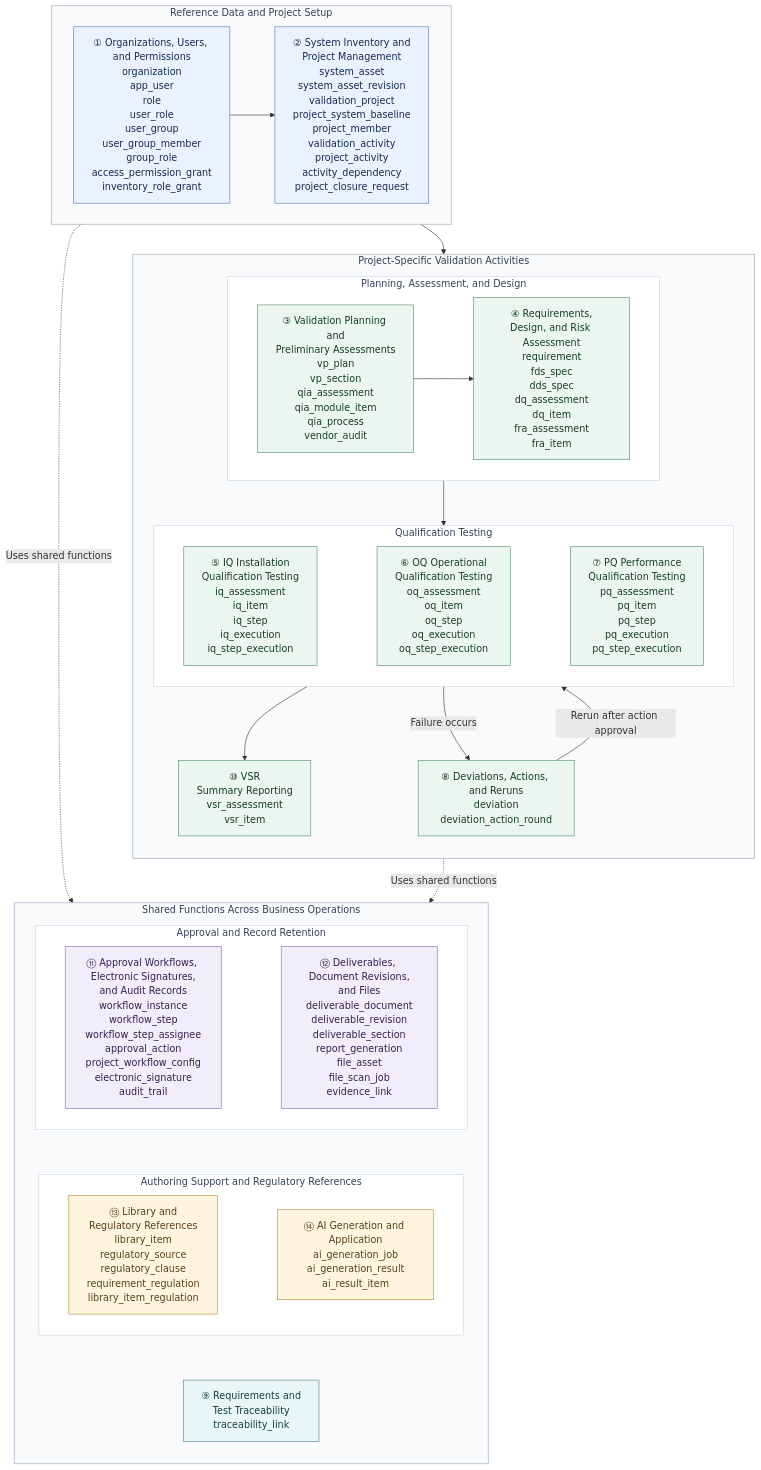
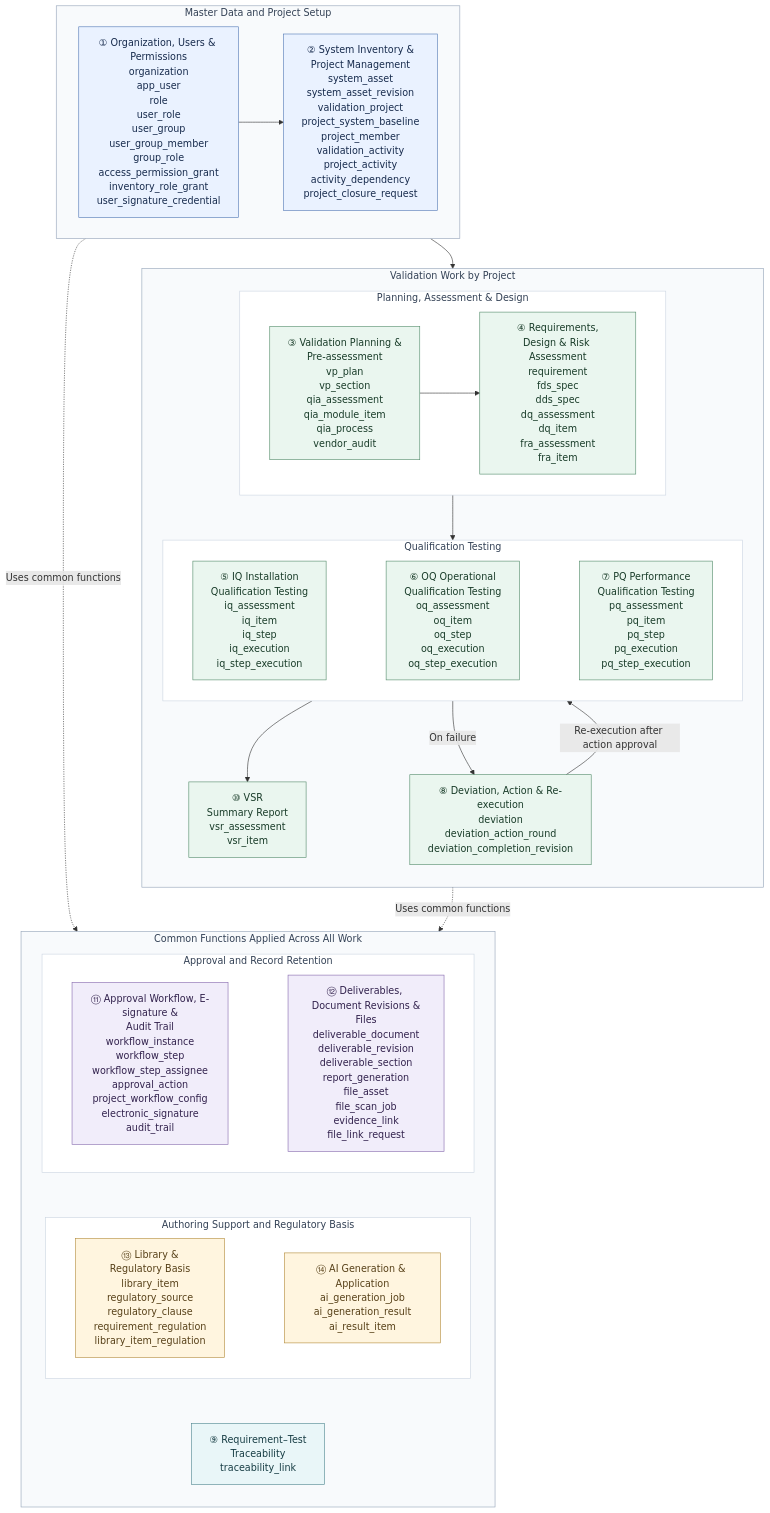
Before and after one commit to kmh52826-collab/Enterprise-Knowledge-Base-Design: the diagram in docs/erd-overview.md, drawn with Mermaid. The commit also changed other lines of this file, not shown here.

````diff
--- a/docs/erd-overview.md
+++ b/docs/erd-overview.md
@@ -11,8 +11,8 @@
 ```mermaid
 flowchart TB
-    subgraph BASE["Reference Data and Project Setup"]
+    subgraph BASE["Master Data and Project Setup"]
         direction LR
-        SECURITY["① Organizations, Users, and Permissions
+        SECURITY["① Organization, Users & Permissions
 organization
 app_user
 role
@@ -21,8 +21,9 @@
 user_group_member
 group_role
 access_permission_grant
-inventory_role_grant"]
-        PROJECT["② System Inventory and<br/>Project Management
+inventory_role_grant
+user_signature_credential"]
+        PROJECT["② System Inventory &<br/>Project Management
 system_asset
 system_asset_revision
 validation_project
@@ -35,18 +36,18 @@
         SECURITY --> PROJECT
     end
 
-    subgraph VALIDATION["Project-Specific Validation Activities"]
+    subgraph VALIDATION["Validation Work by Project"]
         direction TB
-        subgraph PREPARATION["Planning, Assessment, and Design"]
+        subgraph PREPARATION["Planning, Assessment & Design"]
             direction LR
-            PLANNING["③ Validation Planning and<br/>Preliminary Assessments
+            PLANNING["③ Validation Planning &<br/>Pre-assessment
 vp_plan
 vp_section
 qia_assessment
 qia_module_item
 qia_process
 vendor_audit"]
-            DESIGN["④ Requirements,<br/>Design, and Risk Assessment
+            DESIGN["④ Requirements,<br/>Design & Risk Assessment
 requirement
 fds_spec
 dds_spec
@@ -59,19 +60,19 @@
 
         subgraph TESTING["Qualification Testing"]
             direction LR
-            IQ["⑤ IQ Installation<br/>Qualification Testing
+            IQ["⑤ IQ Installation<br/> Qualification Testing
 iq_assessment
 iq_item
 iq_step
 iq_execution
 iq_step_execution"]
-            OQ["⑥ OQ Operational<br/>Qualification Testing
+            OQ["⑥ OQ Operational<br/> Qualification Testing
 oq_assessment
 oq_item
 oq_step
 oq_execution
 oq_step_execution"]
-            PQ["⑦ PQ Performance<br/>Qualification Testing
+            PQ["⑦ PQ Performance<br/> Qualification Testing
 pq_assessment
 pq_item
 pq_step
@@ -80,24 +81,25 @@
             IQ ~~~ OQ ~~~ PQ
         end
 
-        DEVIATION["⑧ Deviations, Actions, and Reruns
+        DEVIATION["⑧ Deviation, Action & Re-execution
 deviation
-deviation_action_round"]
-        VSR["⑩ VSR<br/>Summary Reporting
+deviation_action_round
+deviation_completion_revision"]
+        VSR["⑩ VSR<br/> Summary Report
 vsr_assessment
 vsr_item"]
 
         PREPARATION --> TESTING
         TESTING --> VSR
-        TESTING -->|Failure occurs| DEVIATION
-        DEVIATION -->|Rerun after action approval| TESTING
+        TESTING -->|On failure| DEVIATION
+        DEVIATION -->|Re-execution after action approval| TESTING
     end
 
-    subgraph COMMON["Shared Functions Across Business Operations"]
+    subgraph COMMON["Common Functions Applied Across All Work"]
         direction TB
         subgraph CONTROL["Approval and Record Retention"]
             direction LR
-            WORKFLOW["⑪ Approval Workflows, Electronic Signatures,<br/>and Audit Records
+            WORKFLOW["⑪ Approval Workflow, E-signature &<br/>Audit Trail
 workflow_instance
 workflow_step
 workflow_step_assignee
@@ -105,41 +107,42 @@
 project_workflow_config
 electronic_signature
 audit_trail"]
-            DOCUMENTS["⑫ Deliverables, Document Revisions,<br/>and Files
+            DOCUMENTS["⑫ Deliverables, Document Revisions &<br/>Files
 deliverable_document
 deliverable_revision
 deliverable_section
 report_generation
 file_asset
 file_scan_job
-evidence_link"]
+evidence_link
+file_link_request"]
             WORKFLOW ~~~ DOCUMENTS
         end
 
-        subgraph SUPPORT["Authoring Support and Regulatory References"]
+        subgraph SUPPORT["Authoring Support and Regulatory Basis"]
             direction LR
-            LIBRARY["⑬ Library and<br/>Regulatory References
+            LIBRARY["⑬ Library &<br/>Regulatory Basis
 library_item
 regulatory_source
 regulatory_clause
 requirement_regulation
 library_item_regulation"]
-            AI["⑭ AI Generation and Application
+            AI["⑭ AI Generation & Application
 ai_generation_job
 ai_generation_result
 ai_result_item"]
             LIBRARY ~~~ AI
         end
 
-        TRACE["⑨ Requirements and<br/>Test Traceability
+        TRACE["⑨ Requirement–Test<br/>Traceability
 traceability_link"]
         CONTROL ~~~ SUPPORT
         SUPPORT ~~~ TRACE
     end
 
     BASE --> VALIDATION
-    BASE -. Uses shared functions .-> COMMON
-    VALIDATION -. Uses shared functions .-> COMMON
+    BASE -. Uses common functions .-> COMMON
+    VALIDATION -. Uses common functions .-> COMMON
 
     classDef base fill:#eaf2ff,stroke:#5278b5,color:#172b4d
     classDef validation fill:#eaf6ef,stroke:#548c6b,color:#193c29
````
